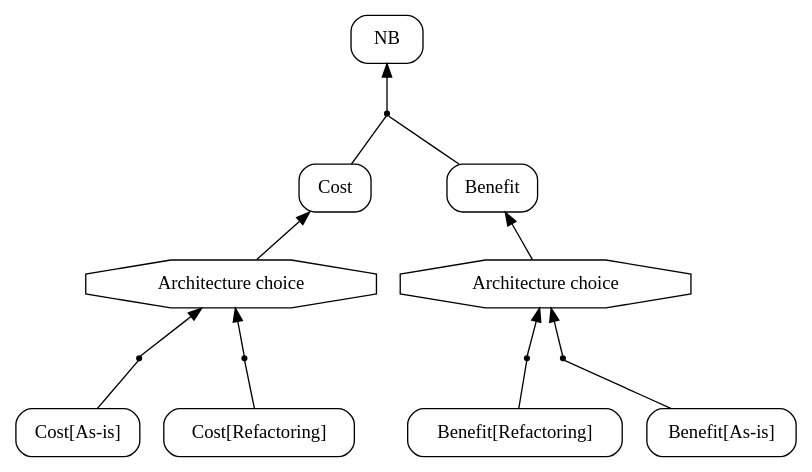
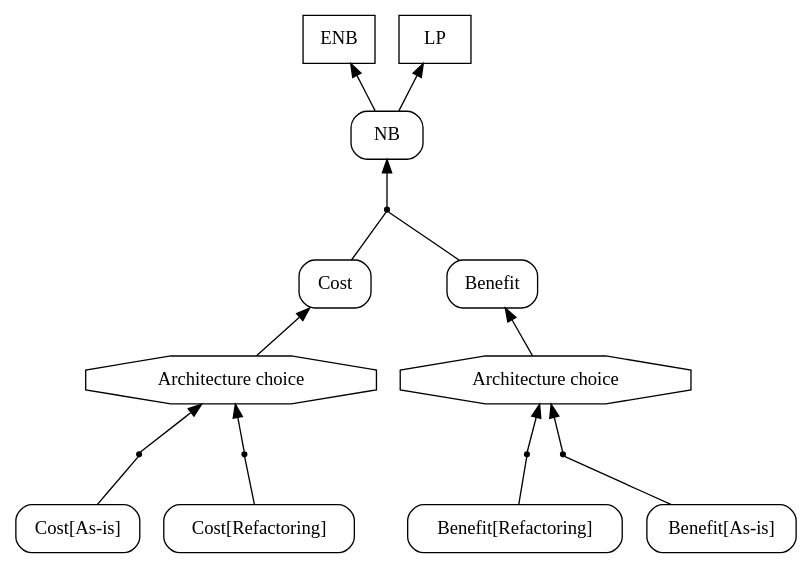
One commit to sbusari/RADAR2 changed the diagram in uk.ac.ucl.cs.examples/CBA/ICSE/AnalysisResult/graph/CBAvgraph.dot. Above: the diagram before and after it, drawn with Graphviz. The commit also changed 87 other files, not shown here.

```diff
--- a/uk.ac.ucl.cs.examples/CBA/ICSE/AnalysisResult/graph/CBAvgraph.dot
+++ b/uk.ac.ucl.cs.examples/CBA/ICSE/AnalysisResult/graph/CBAvgraph.dot
@@ -1,28 +1,32 @@
 digraph G { 
 rankdir = BT 
 AndRef0[shape = point] 
 1[label="Architecture choice", shape = polygon, sides =8]1->"Benefit"
 "Benefit[As-is]"[shape = box, style = rounded] 
 AndRef0->1
 "Benefit[As-is]"->AndRef0 [dir = none] 
 AndRef1[shape = point] 
 1[label="Architecture choice", shape = polygon, sides =8]"Benefit[Refactoring]"[shape = box, style = rounded] 
 AndRef1->1
 "Benefit[Refactoring]"->AndRef1 [dir = none] 
 "Benefit"[shape = box, style = rounded] 
 AndRef2[shape = point] 
 3[label="Architecture choice", shape = polygon, sides =8]3->"Cost"
 "Cost[As-is]"[shape = box, style = rounded] 
 AndRef2->3
 "Cost[As-is]"->AndRef2 [dir = none] 
 AndRef3[shape = point] 
 3[label="Architecture choice", shape = polygon, sides =8]"Cost[Refactoring]"[shape = box, style = rounded] 
 AndRef3->3
 "Cost[Refactoring]"->AndRef3 [dir = none] 
 "Cost"[shape = box, style = rounded] 
 "NB"[shape = box, style = rounded] 
 AndRef4[shape = point] 
 AndRef4->"NB"
 "Benefit"->AndRef4 [dir = none] 
 "Cost"->AndRef4 [dir = none] 
+ENB [shape = box] 
+NB->"ENB"
+LP [shape = box] 
+NB->"LP"
 }
```
